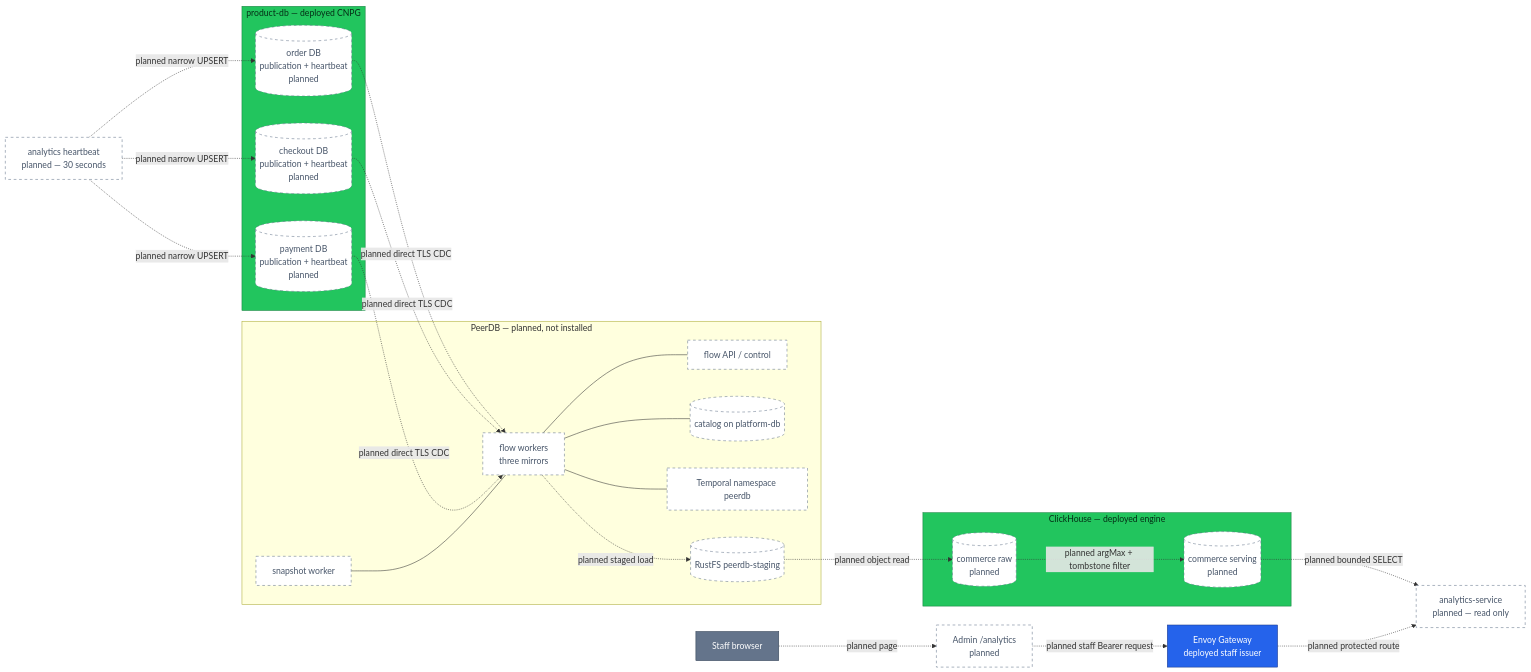
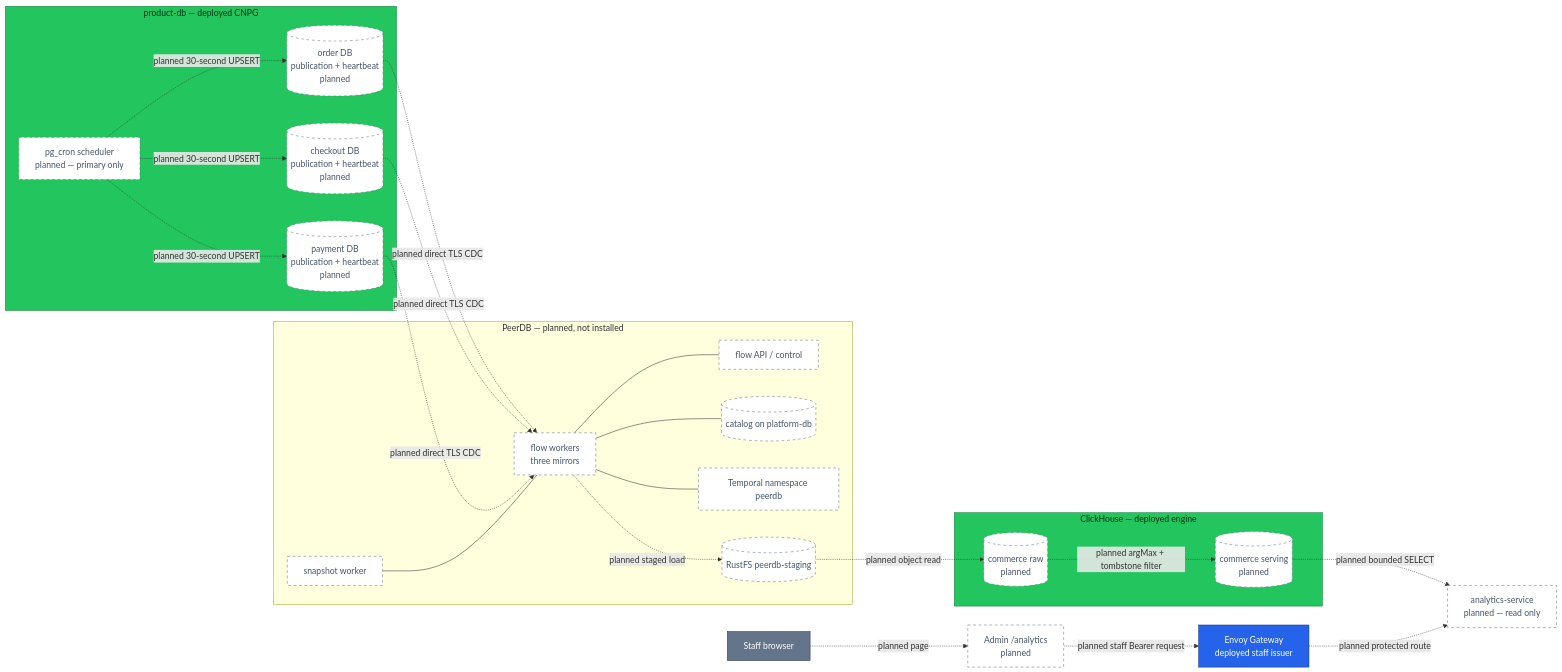
One commit to duyne-me/monitoring changed the first of 2 diagrams in docs/proposals/rfc/RFC-0030/README.md. Above: the diagram before and after it, drawn with Mermaid. The commit also changed other lines of this file and 3 other files, not shown here.

First line of the commit message:
Use pg_cron for RFC-0030 heartbeat (#1041)

````diff
--- a/docs/proposals/rfc/RFC-0030/README.md
+++ b/docs/proposals/rfc/RFC-0030/README.md
@@ -141,50 +157,50 @@
 ```mermaid
 flowchart LR
   STAFF["Staff browser"]
   EDGE["Envoy Gateway<br/>deployed staff issuer"]
 
   subgraph PG["product-db — deployed CNPG"]
+    CRON["pg_cron scheduler<br/>planned — primary only"]
     ORD[("order DB<br/>publication + heartbeat<br/>planned")]
     CHECK[("checkout DB<br/>publication + heartbeat<br/>planned")]
     PAY[("payment DB<br/>publication + heartbeat<br/>planned")]
   end
 
   subgraph PDB["PeerDB — planned, not installed"]
     FLOW["flow workers<br/>three mirrors"]
     SNAP["snapshot worker"]
     APICTL["flow API / control"]
     CAT[("catalog on platform-db")]
     TEMP["Temporal namespace peerdb"]
     STAGE[("RustFS peerdb-staging")]
   end
 
   subgraph CH["ClickHouse — deployed engine"]
     RAW[("commerce raw<br/>planned")]
     SERVE[("commerce serving<br/>planned")]
   end
 
-  HEART["analytics heartbeat<br/>planned — 30 seconds"]
   ANA["analytics-service<br/>planned — read only"]
   PAGE["Admin /analytics<br/>planned"]
 
-  HEART -.->|"planned narrow UPSERT"| ORD & CHECK & PAY
+  CRON -.->|"planned 30-second UPSERT"| ORD & CHECK & PAY
   ORD & CHECK & PAY -.->|"planned direct TLS CDC"| FLOW
   SNAP --- FLOW
   FLOW --- APICTL & CAT & TEMP
   FLOW -.->|"planned staged load"| STAGE
   STAGE -.->|"planned object read"| RAW
   RAW -.->|"planned argMax + tombstone filter"| SERVE
   SERVE -.->|"planned bounded SELECT"| ANA
   STAFF -.->|"planned page"| PAGE
   PAGE -.->|"planned staff Bearer request"| EDGE
   EDGE -.->|"planned protected route"| ANA
 
   classDef edge fill:#2563eb,color:#fff,stroke:#1e3a8a;
   classDef data fill:#22c55e,color:#052e16,stroke:#15803d;
   classDef external fill:#64748b,color:#fff,stroke:#334155;
   classDef planned fill:#fff,color:#475569,stroke:#64748b,stroke-dasharray:5 5;
   class STAFF external;
   class EDGE edge;
   class PG,CH data;
-  class ORD,CHECK,PAY,FLOW,SNAP,APICTL,CAT,TEMP,STAGE,RAW,SERVE,HEART,ANA,PAGE planned;
+  class CRON,ORD,CHECK,PAY,FLOW,SNAP,APICTL,CAT,TEMP,STAGE,RAW,SERVE,ANA,PAGE planned;
 ```
````
